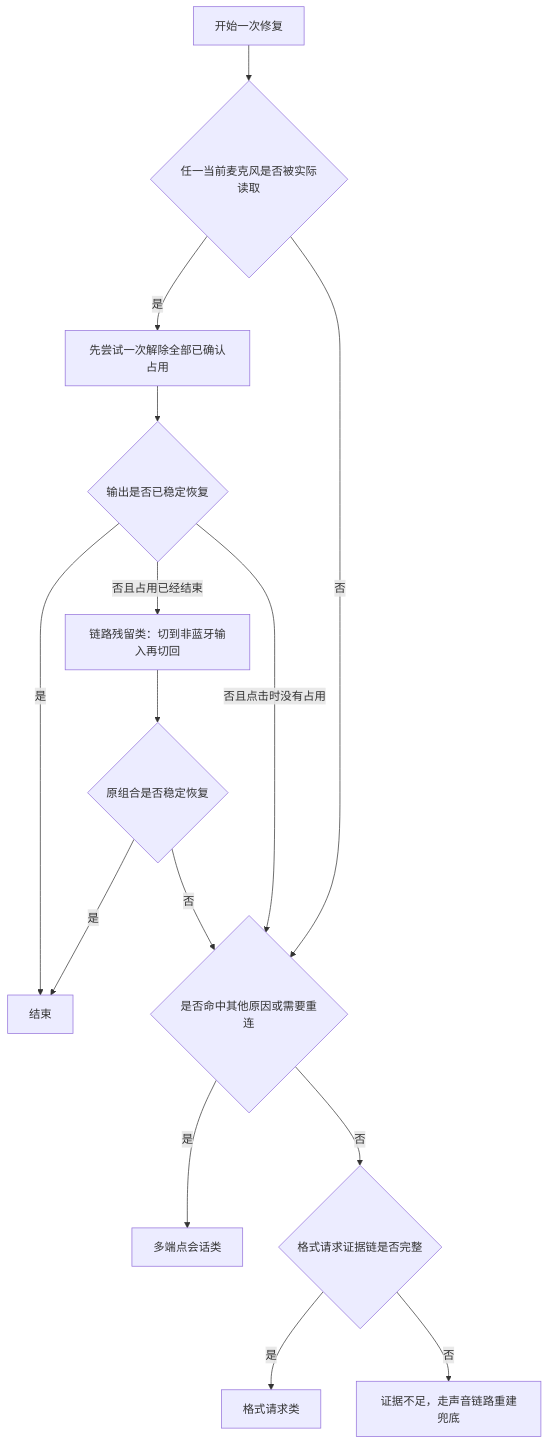
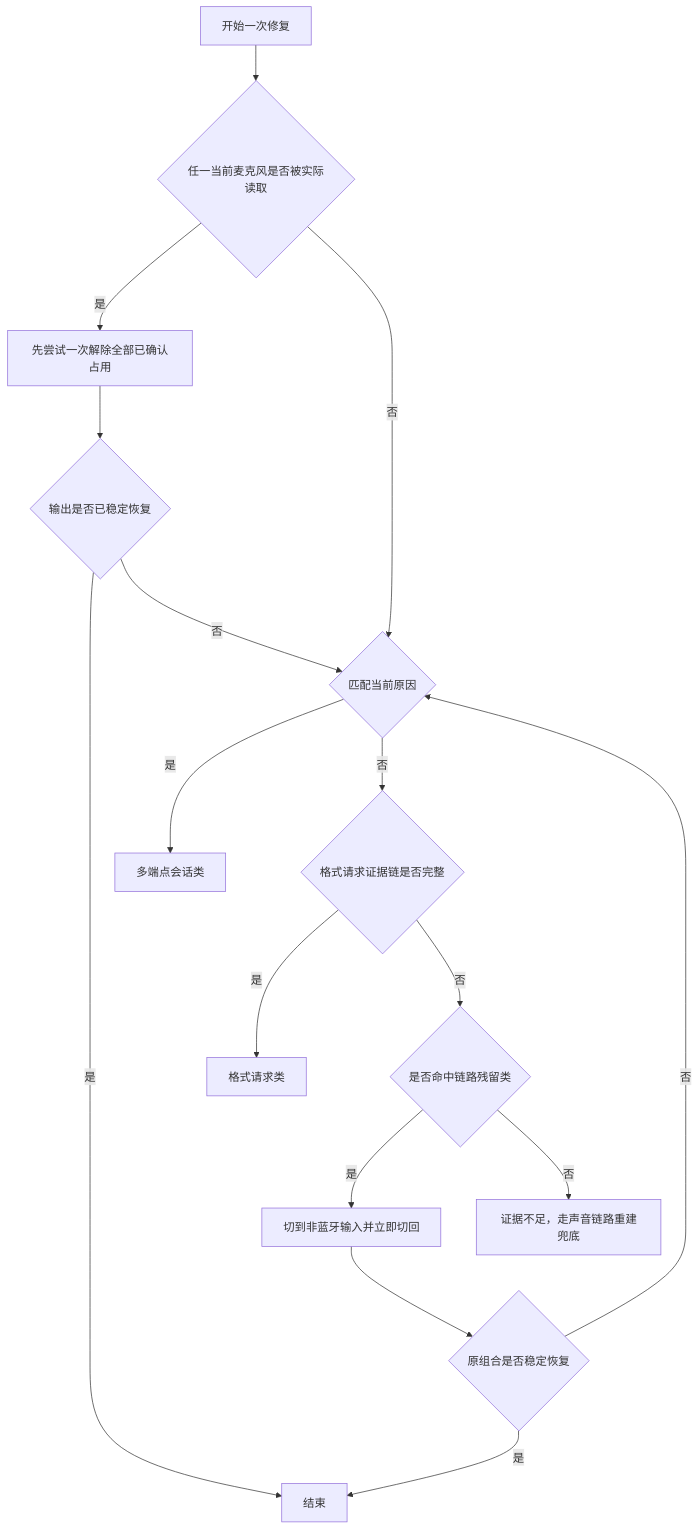
The diagram in knowledge/wiki/HFP一键修复前端实测/00-HFP一键修复前端实测方法.md (andy-JustSayWhen/fix-Bluetooth-earphone-audio-problem), drawn with Mermaid before and after one commit. The commit also changed other lines of this file and 1 other file, not shown here.

Commit message:
docs: correct residual recovery routing

````diff
--- a/knowledge/wiki/HFP一键修复前端实测/00-HFP一键修复前端实测方法.md
+++ b/knowledge/wiki/HFP一键修复前端实测/00-HFP一键修复前端实测方法.md
@@ -81,17 +81,18 @@
 ```mermaid
 flowchart TD
     A[开始一次修复] --> B{任一当前麦克风是否被实际读取}
     B -->|是| C[先尝试一次解除全部已确认占用]
     C --> D{输出是否已稳定恢复}
     D -->|是| I[结束]
-    D -->|否且占用已经结束| L[链路残留类：切到非蓝牙输入再切回]
-    L --> M{原组合是否稳定恢复}
-    M -->|是| I
-    M -->|否| E{是否命中其他原因或需要重连}
-    D -->|否且点击时没有占用| E
+    D -->|否| E{匹配当前原因}
     B -->|否| E
     E -->|是| F[多端点会话类]
     E -->|否| G{格式请求证据链是否完整}
     G -->|是| H[格式请求类]
-    G -->|否| J[证据不足，走声音链路重建兜底]
+    G -->|否| K{是否命中链路残留类}
+    K -->|是| L[切到非蓝牙输入并立即切回]
+    L --> M{原组合是否稳定恢复}
+    M -->|是| I
+    M -->|否| E
+    K -->|否| J[证据不足，走声音链路重建兜底]
 ```
````
